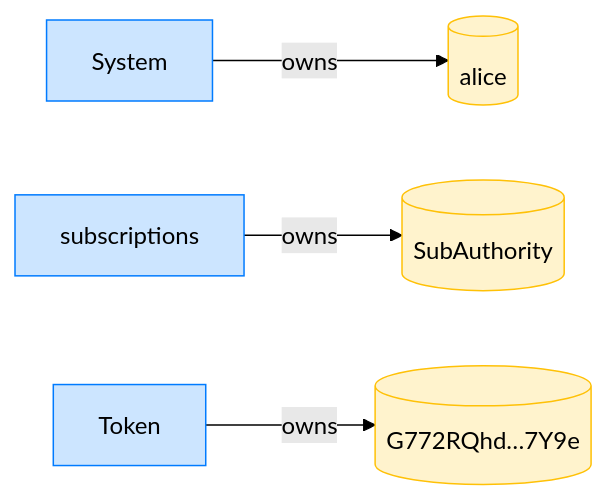
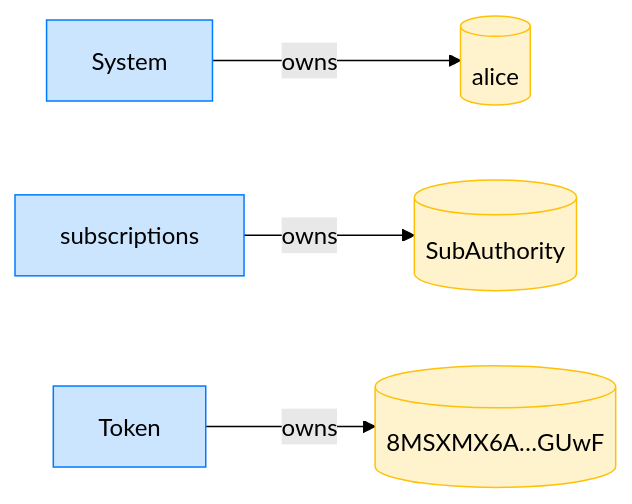
The fourth of 12 diagrams in dsl_tests/revoke-a-fixed-delegation.md (cds-rs/subscriptions), drawn with Mermaid (forest theme) before and after one commit. The commit also changed other lines of this file and 224 other files, not shown here.

````diff
--- a/dsl_tests/revoke-a-fixed-delegation.md
+++ b/dsl_tests/revoke-a-fixed-delegation.md
@@ -71,14 +76,14 @@
 ```mermaid
 flowchart LR
     classDef owner fill:#cce5ff,stroke:#007bff;
     classDef account fill:#fff3cd,stroke:#ffc107;
     System[System]:::owner
     alice[(alice)]:::account
     subscriptions[subscriptions]:::owner
     SubAuthority[(SubAuthority)]:::account
     Token[Token]:::owner
-    G772RQhd_7Y9e[("G772RQhd…7Y9e")]:::account
+    8MSXMX6A_GUwF[("8MSXMX6A…GUwF")]:::account
     System -->|owns| alice
     subscriptions -->|owns| SubAuthority
-    Token -->|owns| G772RQhd_7Y9e
+    Token -->|owns| 8MSXMX6A_GUwF
 ```
````
